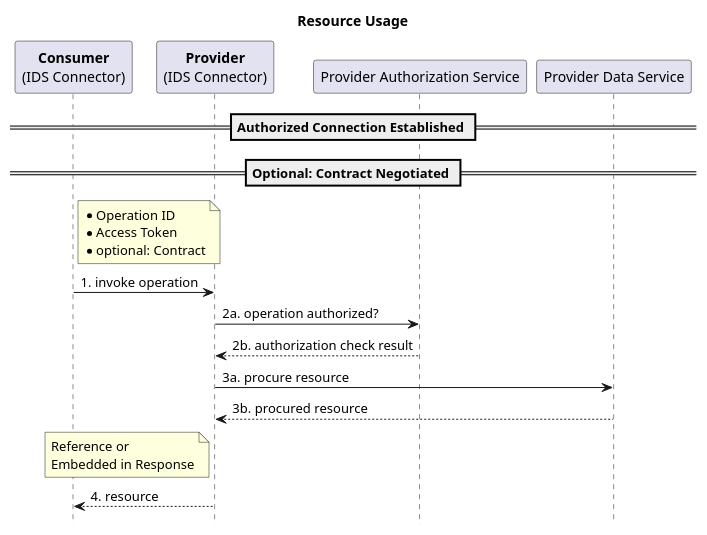
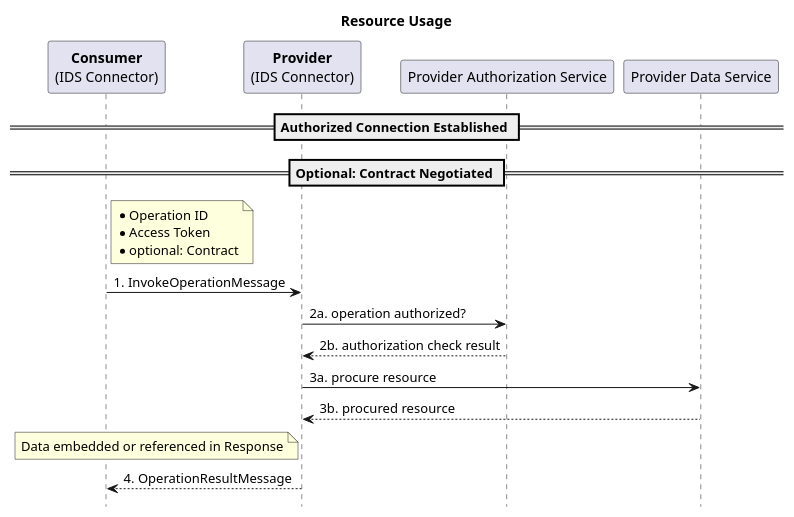
Before and after one commit to IndustrialDataSpace/Documentation: the diagram in resource_usage.plantuml, drawn with PlantUML. The commit also changed 4 other files, not shown here.

```diff
--- a/resource_usage.plantuml
+++ b/resource_usage.plantuml
@@ -1,28 +1,28 @@
 @startuml
 
 hide footbox
 
 title Resource Usage
 
 participant "**Consumer**\n(IDS Connector)" as C
 participant "**Provider**\n(IDS Connector)" as P
 participant "Provider Authorization Service" as PAS
 participant "Provider Data Service" as PDS
 
 == Authorized Connection Established ==
 
 == Optional: Contract Negotiated ==
 
 note right of C: *Operation ID\n*Access Token\n*optional: Contract
-C -> P: 1. invoke operation
+C -> P: 1. InvokeOperationMessage
 
 P -> PAS: 2a. operation authorized?
 P <-- PAS: 2b. authorization check result
 
 P -> PDS: 3a. procure resource
 P <-- PDS: 3b. procured resource
 
-note left of P: Reference or\nEmbedded in Response
-C <-- P: 4. resource
+note left of P: Data embedded or referenced in Response
+C <-- P: 4. OperationResultMessage
 
 @enduml
```
